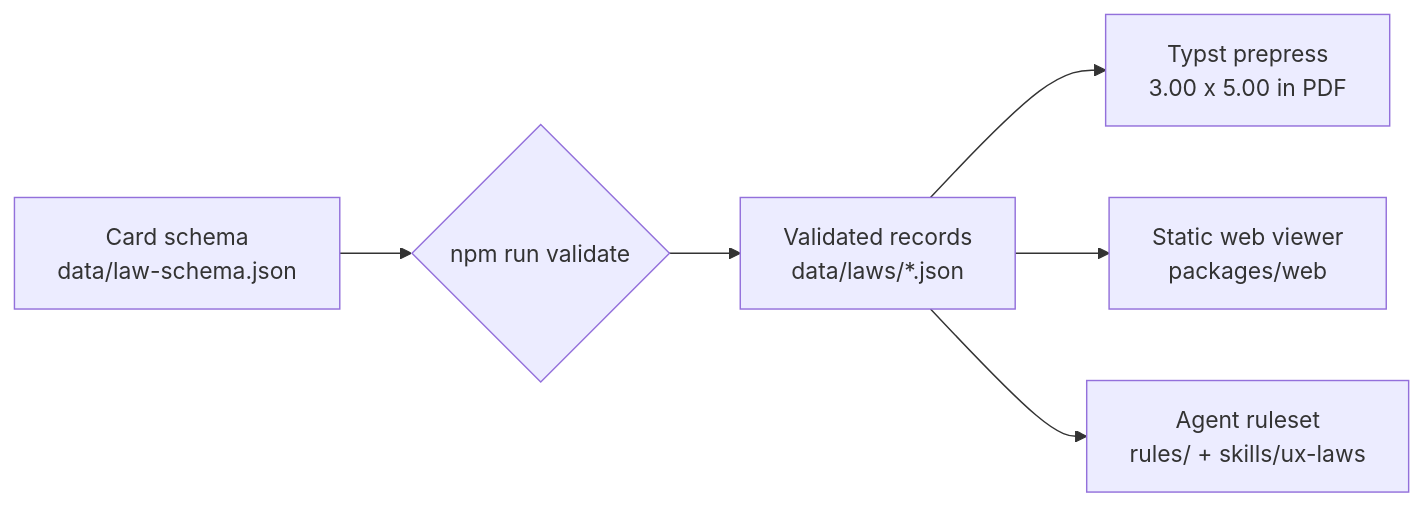
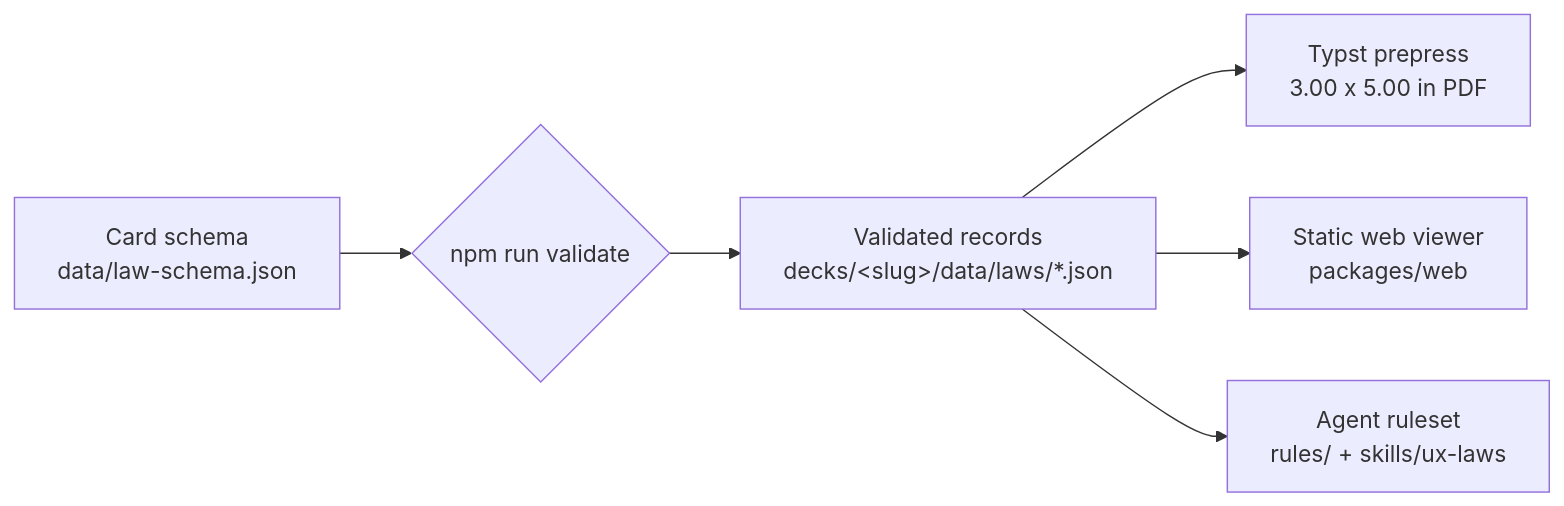
One commit to tjmustard/knowledge-domain-decks-skills changed the diagram in README.md. Above: the diagram before and after it, drawn with Mermaid. The commit also changed other lines of this file and 8 other files, not shown here.

````diff
--- a/README.md
+++ b/README.md
@@ -39,8 +39,8 @@
 ```mermaid
 flowchart LR
     Schema["Card schema<br/>data/law-schema.json"] --> Check{"npm run validate"}
-    Check --> Data["Validated records<br/>data/laws/*.json"]
+    Check --> Data["Validated records<br/>decks/&lt;slug&gt;/data/laws/*.json"]
     Data --> Print["Typst prepress<br/>3.00 x 5.00 in PDF"]
     Data --> Web["Static web viewer<br/>packages/web"]
     Data --> Rules["Agent ruleset<br/>rules/ + skills/ux-laws"]
 ```
````
